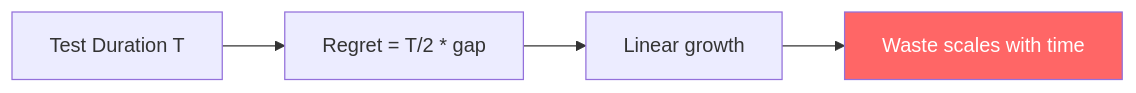
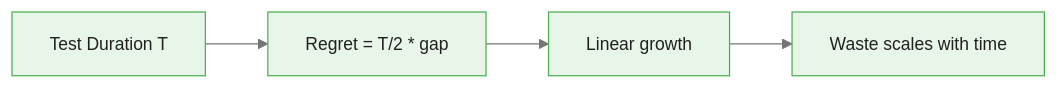
The second of 5 diagrams in courses/multi-armed-bandits-ab-testing/modules/module_00_foundations/guides/01_ab_testing_limits_slides.md (m-deane/course-creator), drawn with Mermaid before and after one commit. The commit also changed other lines of this file and 146 other files, not shown here.

````diff
--- a/courses/multi-armed-bandits-ab-testing/modules/module_00_foundations/guides/01_ab_testing_limits_slides.md
+++ b/courses/multi-armed-bandits-ab-testing/modules/module_00_foundations/guides/01_ab_testing_limits_slides.md
@@ -124,7 +149,7 @@
 ```mermaid
+%%{init: {"theme": "base", "themeVariables": {"primaryColor": "#e8f5e9", "primaryBorderColor": "#4caf50", "primaryTextColor": "#212121", "secondaryColor": "#e3f2fd", "tertiaryColor": "#fff8e1", "lineColor": "#757575", "fontFamily": "Inter, sans-serif", "fontSize": "14px"}}}%%
 graph LR
     T["Test Duration T"] --> R["Regret = T/2 * gap"]
     R --> L["Linear growth"]
     L --> W["Waste scales with time"]
-    style W fill:#f66,color:#fff
 ```
````
